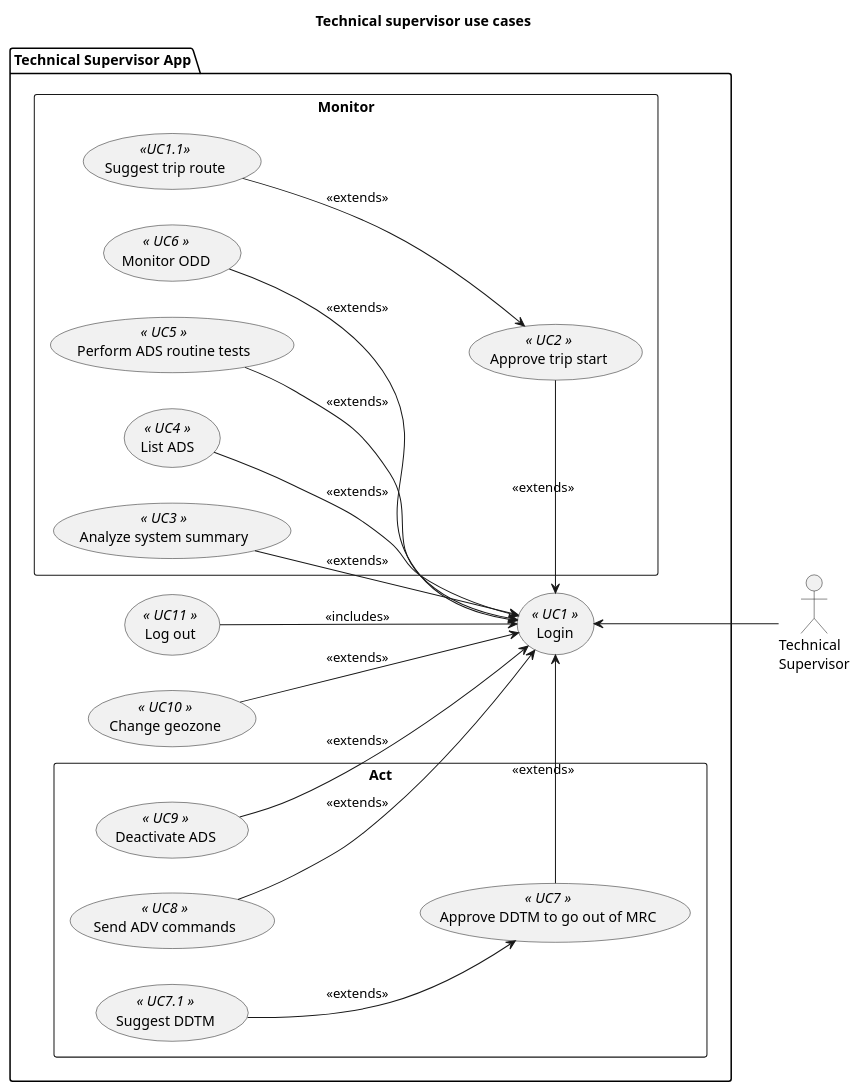
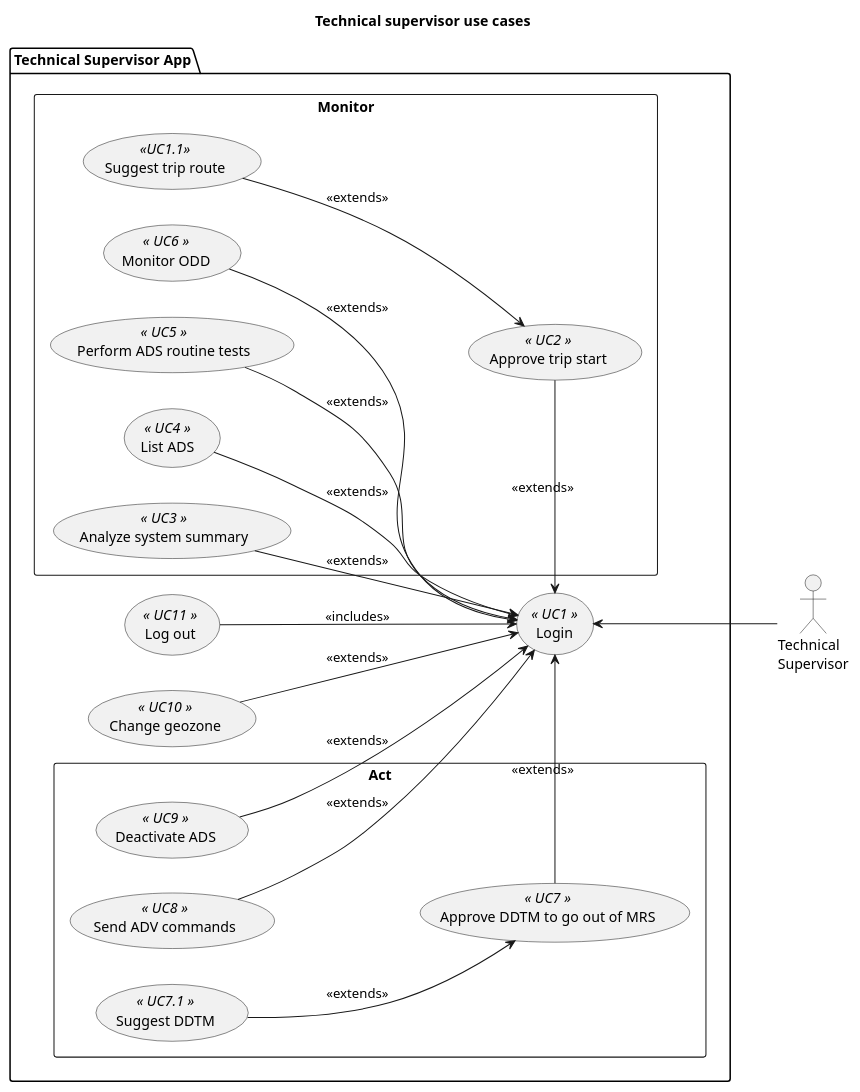
The diagram in technical_supervisor/use_cases_zones.pu (bruno-motorai/uml), drawn with PlantUML before and after one commit. The commit also changed 3 other files, not shown here.

Commit message:
Use MRS instead of MRC

```diff
--- a/technical_supervisor/use_cases_zones.pu
+++ b/technical_supervisor/use_cases_zones.pu
@@ -1,53 +1,53 @@
 @startuml ts_use_cases
 title Technical supervisor use cases
 
 left to right direction
 
 actor :Technical\nSupervisor: as TS1
 
 package "Technical Supervisor App" {
     usecase UC4 as (Login) <<  UC1  >>
     usecase UC5 as (Log out) <<  UC11  >>
     usecase UC3 as (Change geozone) <<  UC10  >>
 
     ' Supervise system
     rectangle Monitor {
         usecase UC100 as (Approve trip start) <<  UC2  >>
         usecase UC101 as (Analyze system summary) <<  UC3  >>
         usecase UC102 as (List ADS) <<  UC4  >>
         usecase UC104 as (Perform ADS routine tests) <<  UC5  >>
         usecase UC105 as (Monitor ODD) <<  UC6  >>
         usecase UC106 as (Suggest trip route) << UC1.1 >>
 
     }
 
     rectangle Act {
         ' Supervise ADS
-        usecase UC202 as (Approve DDTM to go out of MRC) <<  UC7  >>
+        usecase UC202 as (Approve DDTM to go out of MRS) <<  UC7  >>
         ' ADS actions
         usecase UC303 as (Suggest DDTM) <<  UC7.1  >>
         usecase UC304 as (Send ADV commands) <<  UC8  >>
         usecase UC305 as (Deactivate ADS) <<  UC9  >>
     }
 }
 
 ' User connections
 TS1 -up-> UC4
 UC3 --> UC4 : <<extends>>
 UC5 --> UC4 : <<includes>>
 
 ' Supervise system
 UC100 -> UC4 : <<extends>>
 UC101 -> UC4 : <<extends>>
 UC102 -> UC4 : <<extends>>
 UC104 -> UC4 : <<extends>>
 UC105 -> UC4 : <<extends>>
 UC106 --> UC100 : <<extends>>
 
 ' Supervise ADS
 UC202 -> UC4 : <<extends>>
 UC303 --> UC202 : <<extends>>
 UC304 -> UC4 : <<extends>>
 UC305 -> UC4 : <<extends>>
 
 @enduml
```
